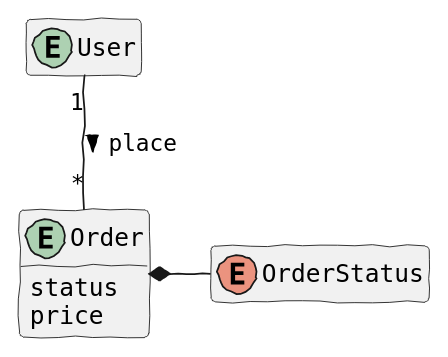
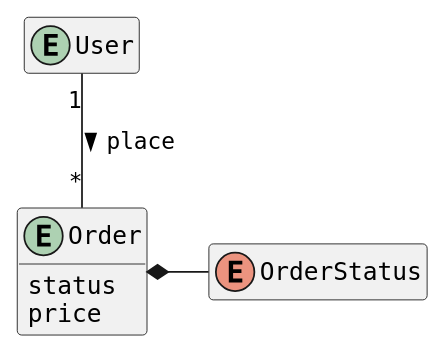
One commit to macdao/hands-on-clean-architecture-template changed the diagram in docs/domain-model.md. Above: the diagram before and after it, drawn with PlantUML. The commit also changed 1 other file, not shown here.

Commit message:
docs: add cat paw print

````diff
--- a/docs/domain-model.md
+++ b/docs/domain-model.md
@@ -3,19 +3,20 @@
 ```plantuml
+@startuml
 skinparam defaultFontName Fira Code, Monospaced
-skinparam handwritten true
-
 hide empty members
 
 entity User  {
 
 }
 
 entity Order {
     status
     price
 }
 
 enum OrderStatus
 Order *- OrderStatus
 User "1" -- "*" Order: place >
+
+@enduml
 ```
````
